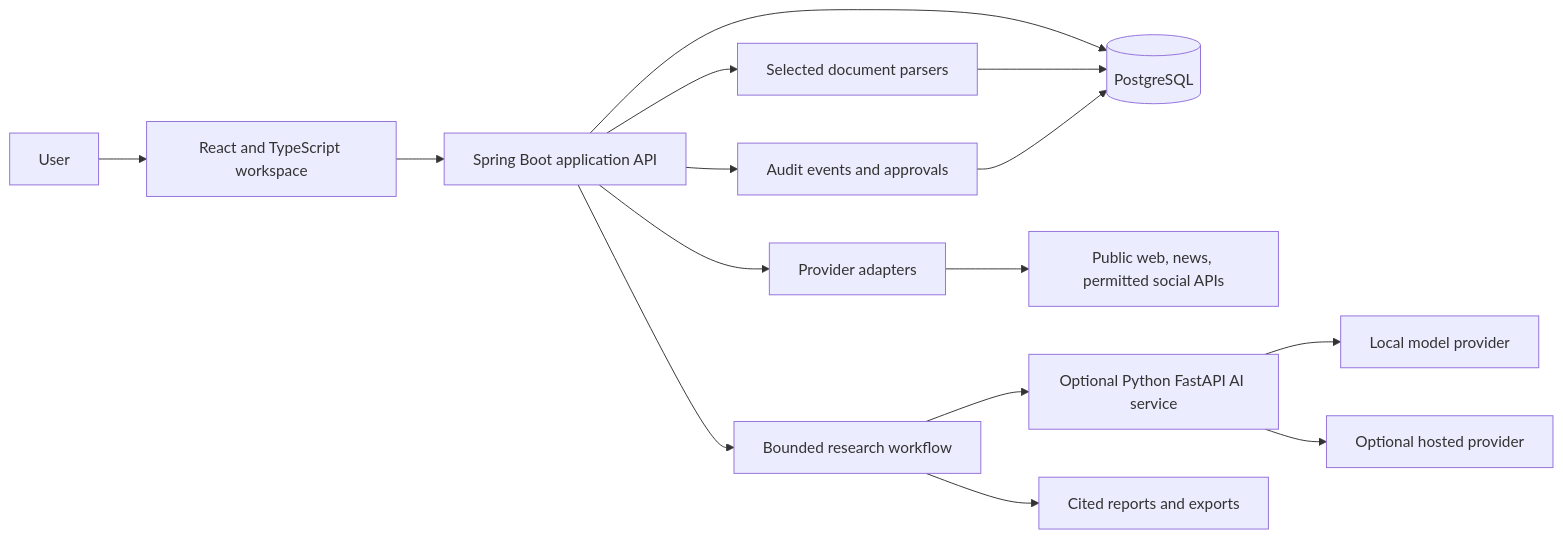
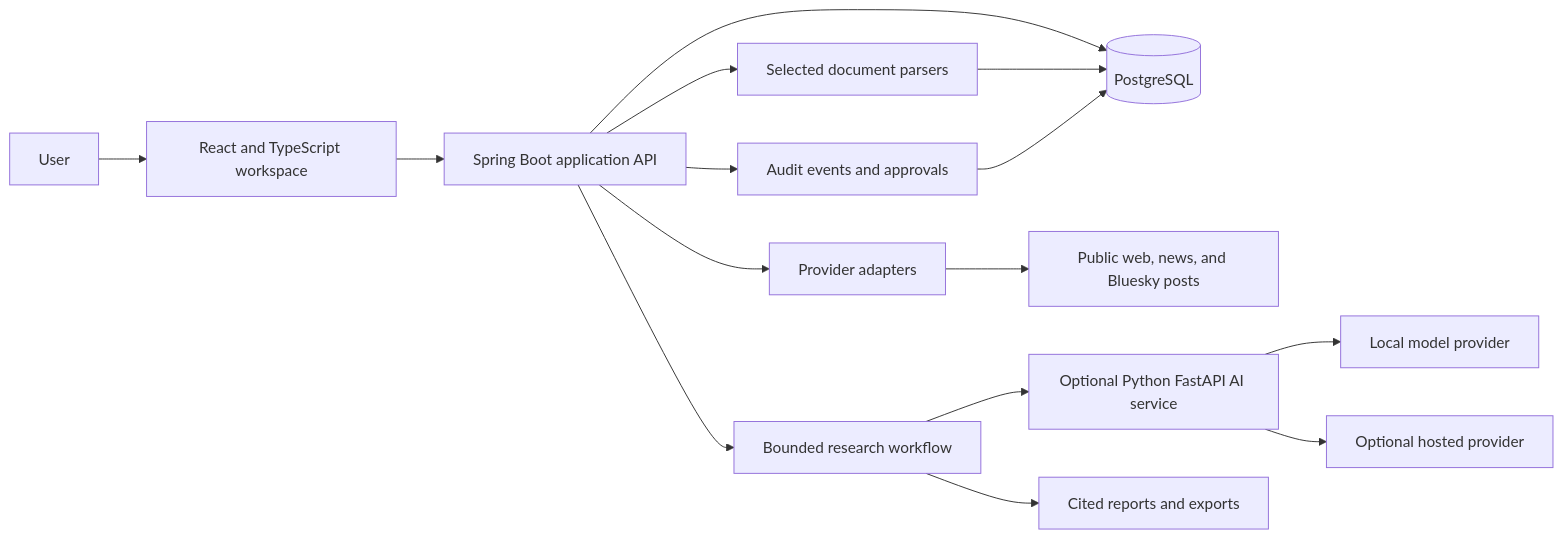
One commit to kavinash0310/aura-ai changed the first of 6 diagrams in docs/02-architecture/SYSTEM-ARCHITECTURE.md. Above: the diagram before and after it, drawn with Mermaid. The commit also changed other lines of this file and 27 other files, not shown here.

Commit message:
feat: add public Bluesky post search

```diff
--- a/docs/02-architecture/SYSTEM-ARCHITECTURE.md
+++ b/docs/02-architecture/SYSTEM-ARCHITECTURE.md
@@ -11,17 +11,17 @@
 ~~~mermaid
 flowchart LR
   User --> Web[React and TypeScript workspace]
   Web --> Api[Spring Boot application API]
   Api --> Pg[(PostgreSQL)]
   Api --> Search[Provider adapters]
-  Search --> Public[Public web, news, permitted social APIs]
+  Search --> Public[Public web, news, and Bluesky posts]
   Api --> Docs[Selected document parsers]
   Docs --> Pg
   Api --> Workflow[Bounded research workflow]
   Workflow --> Py[Optional Python FastAPI AI service]
   Py --> Local[Local model provider]
   Py --> Hosted[Optional hosted provider]
   Workflow --> Reports[Cited reports and exports]
   Api --> Audit[Audit events and approvals]
   Audit --> Pg
 ~~~
```
